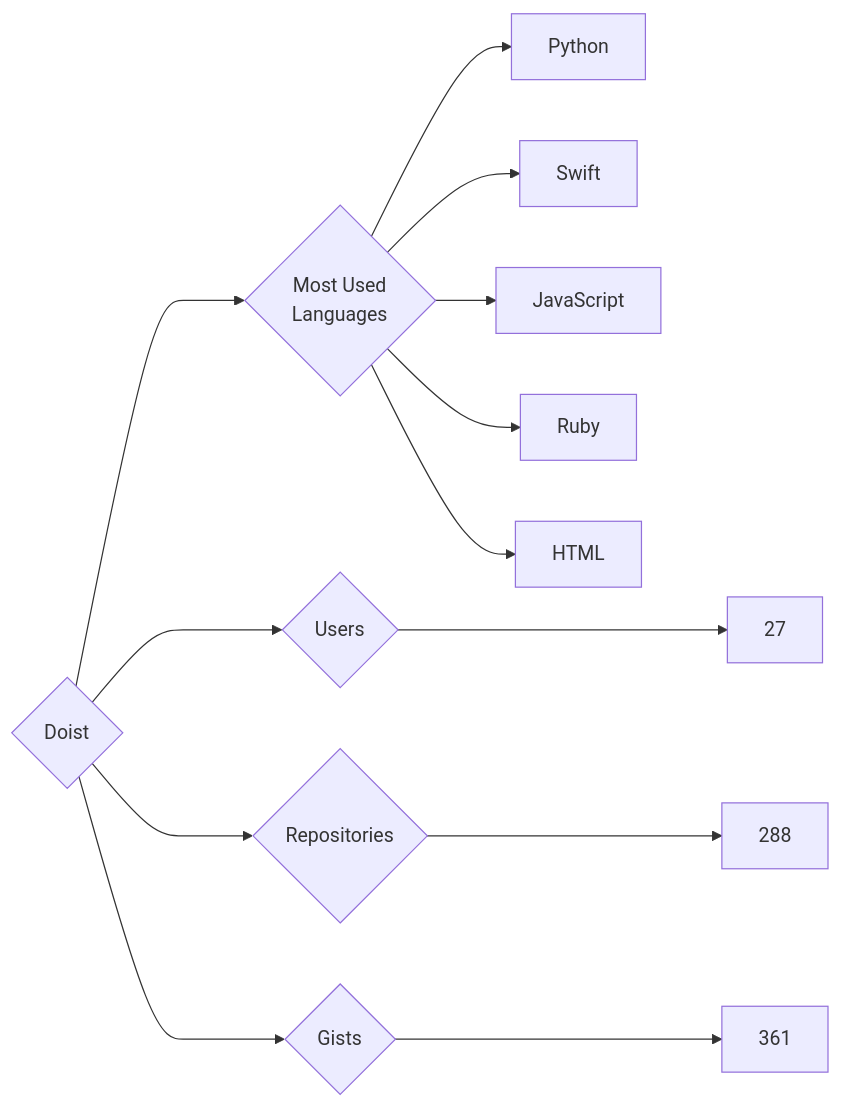
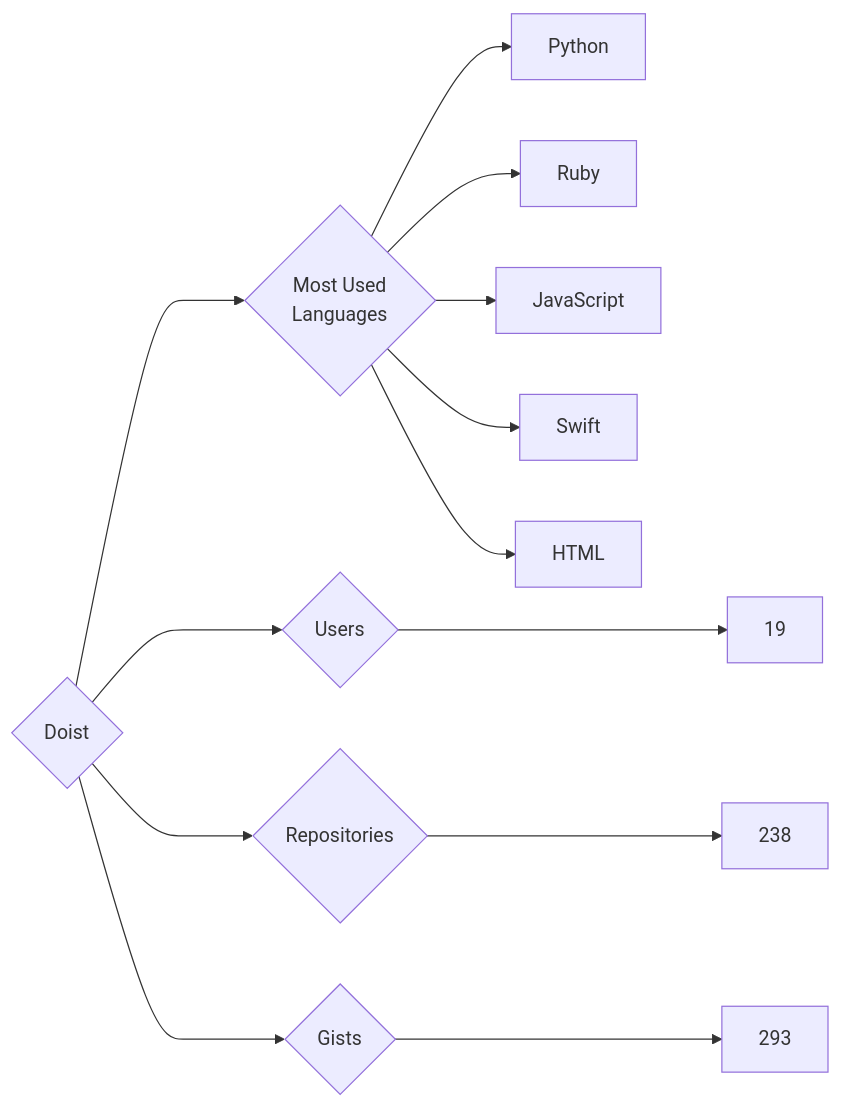
Before and after one commit to trickest/insiders: the diagram in targets/Doist/README.md, drawn with Mermaid. The commit also changed 594 other files, not shown here.

````diff
--- a/targets/Doist/README.md
+++ b/targets/Doist/README.md
@@ -3,13 +3,13 @@
 ```mermaid
 graph LR
 COMPANY_NAME{Doist}
-COMPANY_NAME ---> U{Users} ---> UN[27]
-COMPANY_NAME ---> R{Repositories} ---> RN[288]
-COMPANY_NAME ---> G{Gists} ---> GN[361]
+COMPANY_NAME ---> U{Users} ---> UN[19]
+COMPANY_NAME ---> R{Repositories} ---> RN[238]
+COMPANY_NAME ---> G{Gists} ---> GN[293]
 COMPANY_NAME ---> ML{Most Used<br>Languages}
 ML --> Python[Python]
+ML --> Ruby[Ruby]
+ML --> JavaScript[JavaScript]
 ML --> Swift[Swift]
-ML --> JavaScript[JavaScript]
-ML --> Ruby[Ruby]
 ML --> HTML[HTML]
 ```
````
